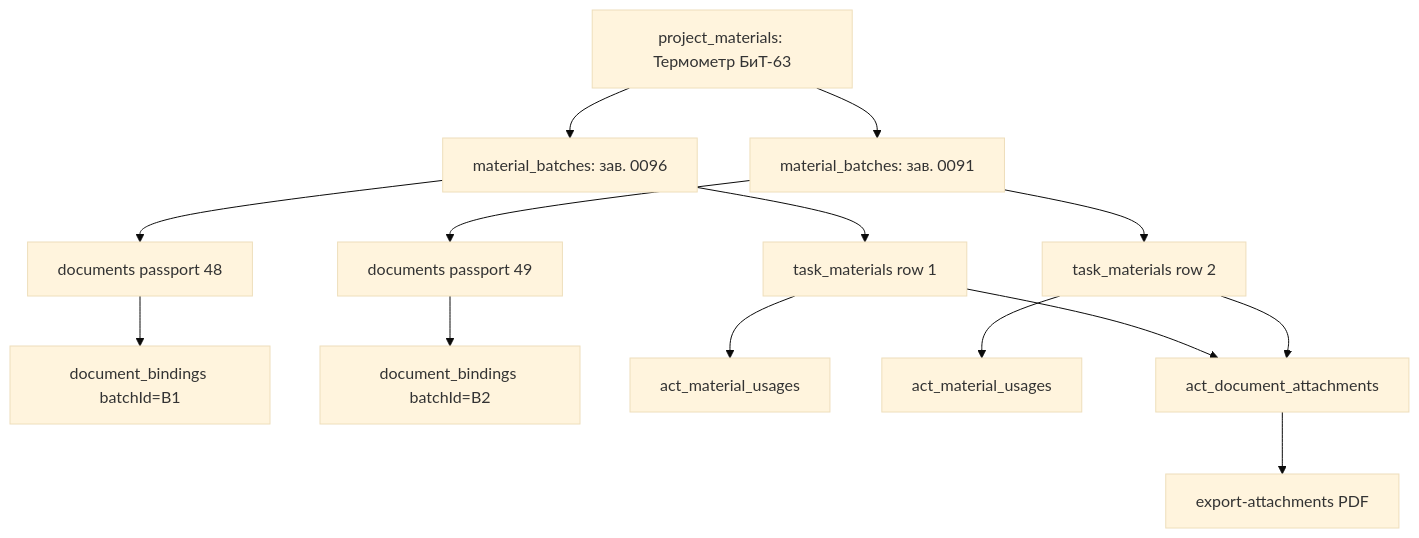
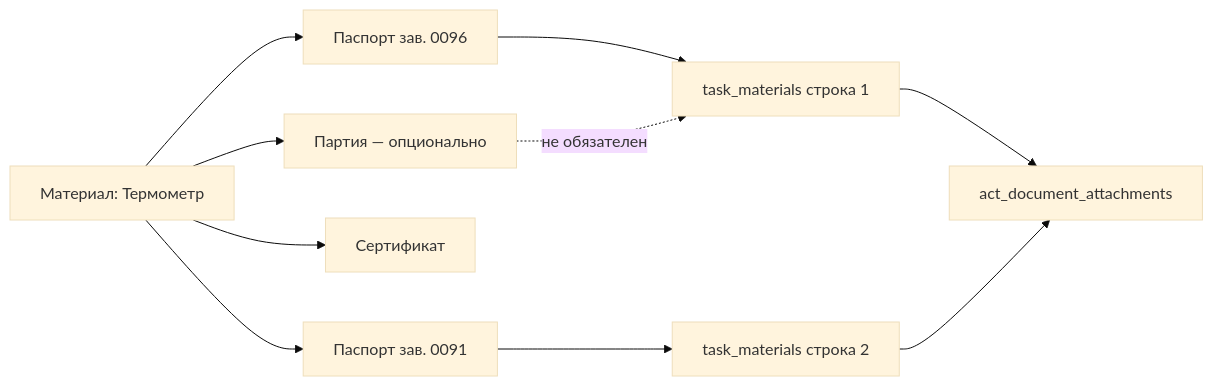
Before and after one commit to Sergtsk45/idgenerator: the diagram in ai_docs/develop/plans/2026-08-01-act-quality-doc-instances.md, drawn with Mermaid (base theme). The commit also changed other lines of this file, not shown here.

First line of the commit message:
docs: уточнить план — партия не ограничивает docs акта

````diff
--- a/ai_docs/develop/plans/2026-08-01-act-quality-doc-instances.md
+++ b/ai_docs/develop/plans/2026-08-01-act-quality-doc-instances.md
@@ -41,16 +79,13 @@
 ```mermaid
-flowchart TD
-  PM[project_materials: Термометр БиТ-63] --> B1[material_batches: зав. 0096]
-  PM --> B2[material_batches: зав. 0091]
-  B1 --> D1[documents passport 48]
-  B2 --> D2[documents passport 49]
-  D1 --> Bind1[document_bindings batchId=B1]
-  D2 --> Bind2[document_bindings batchId=B2]
-  B1 --> TM1[task_materials row 1]
-  B2 --> TM2[task_materials row 2]
-  TM1 --> AMU1[act_material_usages]
-  TM2 --> AMU2[act_material_usages]
-  TM1 --> ADA[act_document_attachments]
-  TM2 --> ADA
-  ADA --> PDF[export-attachments PDF]
+flowchart LR
+  PM[Материал: Термометр]
+  PM --> DocP1[Паспорт зав. 0096]
+  PM --> DocP2[Паспорт зав. 0091]
+  PM --> DocC[Сертификат]
+  PM --> BatchOpt[Партия — опционально]
+  DocP1 --> Row1[task_materials строка 1]
+  DocP2 --> Row2[task_materials строка 2]
+  BatchOpt -.->|не обязателен| Row1
+  Row1 --> ActAttach[act_document_attachments]
+  Row2 --> ActAttach
 ```
````
